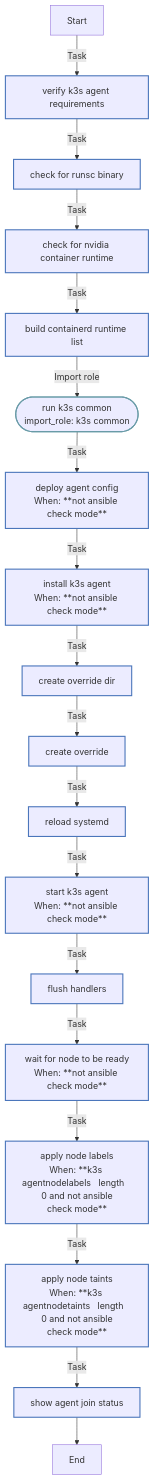
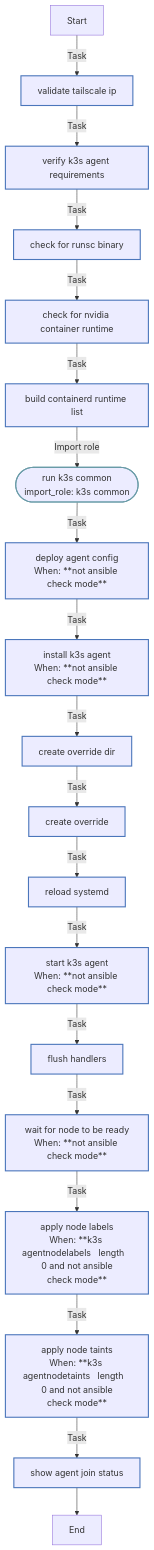
One commit to rou-cru/k3s-homelab changed the diagram in roles/k3s_agent/README.md. Above: the diagram before and after it, drawn with Mermaid. The commit also changed other lines of this file and 41 other files, not shown here.

````diff
--- a/roles/k3s_agent/README.md
+++ b/roles/k3s_agent/README.md
@@ -142,30 +143,31 @@
 ```mermaid
 flowchart TD
 Start
 classDef block stroke:#3498db,stroke-width:2px;
 classDef task stroke:#4b76bb,stroke-width:2px;
 classDef includeTasks stroke:#16a085,stroke-width:2px;
 classDef importTasks stroke:#34495e,stroke-width:2px;
 classDef includeRole stroke:#2980b9,stroke-width:2px;
 classDef importRole stroke:#699ba7,stroke-width:2px;
 classDef includeVars stroke:#8e44ad,stroke-width:2px;
 classDef rescue stroke:#665352,stroke-width:2px;
 
-  Start-->|Task| Verify_K3s_agent_requirements0[verify k3s agent requirements]:::task
-  Verify_K3s_agent_requirements0-->|Task| Check_for_runsc_binary1[check for runsc binary]:::task
-  Check_for_runsc_binary1-->|Task| Check_for_nvidia_container_runtime2[check for nvidia container runtime]:::task
-  Check_for_nvidia_container_runtime2-->|Task| Build_containerd_runtime_list3[build containerd runtime list]:::task
-  Build_containerd_runtime_list3-->|Import role| Run_K3s_Common_k3s_common_4([run k3s common<br>import_role: k3s common]):::importRole
-  Run_K3s_Common_k3s_common_4-->|Task| Deploy_agent_config5[deploy agent config<br>When: **not ansible check mode**]:::task
-  Deploy_agent_config5-->|Task| Install_K3s_agent6[install k3s agent<br>When: **not ansible check mode**]:::task
-  Install_K3s_agent6-->|Task| Create_override_dir7[create override dir]:::task
-  Create_override_dir7-->|Task| Create_override8[create override]:::task
-  Create_override8-->|Task| Reload_systemd9[reload systemd]:::task
-  Reload_systemd9-->|Task| Start_K3s_agent10[start k3s agent<br>When: **not ansible check mode**]:::task
-  Start_K3s_agent10-->|Task| Flush_handlers11[flush handlers]:::task
-  Flush_handlers11-->|Task| Wait_for_node_to_be_ready12[wait for node to be ready<br>When: **not ansible check mode**]:::task
-  Wait_for_node_to_be_ready12-->|Task| Apply_node_labels13[apply node labels<br>When: **k3s agentnodelabels   length   0 and not ansible<br>check mode**]:::task
-  Apply_node_labels13-->|Task| Apply_node_taints14[apply node taints<br>When: **k3s agentnodetaints   length   0 and not ansible<br>check mode**]:::task
-  Apply_node_taints14-->|Task| Show_agent_join_status15[show agent join status]:::task
-  Show_agent_join_status15-->End
+  Start-->|Task| Validate_Tailscale_IP0[validate tailscale ip]:::task
+  Validate_Tailscale_IP0-->|Task| Verify_K3s_agent_requirements1[verify k3s agent requirements]:::task
+  Verify_K3s_agent_requirements1-->|Task| Check_for_runsc_binary2[check for runsc binary]:::task
+  Check_for_runsc_binary2-->|Task| Check_for_nvidia_container_runtime3[check for nvidia container runtime]:::task
+  Check_for_nvidia_container_runtime3-->|Task| Build_containerd_runtime_list4[build containerd runtime list]:::task
+  Build_containerd_runtime_list4-->|Import role| Run_K3s_Common_k3s_common_5([run k3s common<br>import_role: k3s common]):::importRole
+  Run_K3s_Common_k3s_common_5-->|Task| Deploy_agent_config6[deploy agent config<br>When: **not ansible check mode**]:::task
+  Deploy_agent_config6-->|Task| Install_K3s_agent7[install k3s agent<br>When: **not ansible check mode**]:::task
+  Install_K3s_agent7-->|Task| Create_override_dir8[create override dir]:::task
+  Create_override_dir8-->|Task| Create_override9[create override]:::task
+  Create_override9-->|Task| Reload_systemd10[reload systemd]:::task
+  Reload_systemd10-->|Task| Start_K3s_agent11[start k3s agent<br>When: **not ansible check mode**]:::task
+  Start_K3s_agent11-->|Task| Flush_handlers12[flush handlers]:::task
+  Flush_handlers12-->|Task| Wait_for_node_to_be_ready13[wait for node to be ready<br>When: **not ansible check mode**]:::task
+  Wait_for_node_to_be_ready13-->|Task| Apply_node_labels14[apply node labels<br>When: **k3s agentnodelabels   length   0 and not ansible<br>check mode**]:::task
+  Apply_node_labels14-->|Task| Apply_node_taints15[apply node taints<br>When: **k3s agentnodetaints   length   0 and not ansible<br>check mode**]:::task
+  Apply_node_taints15-->|Task| Show_agent_join_status16[show agent join status]:::task
+  Show_agent_join_status16-->End
 ```
````
